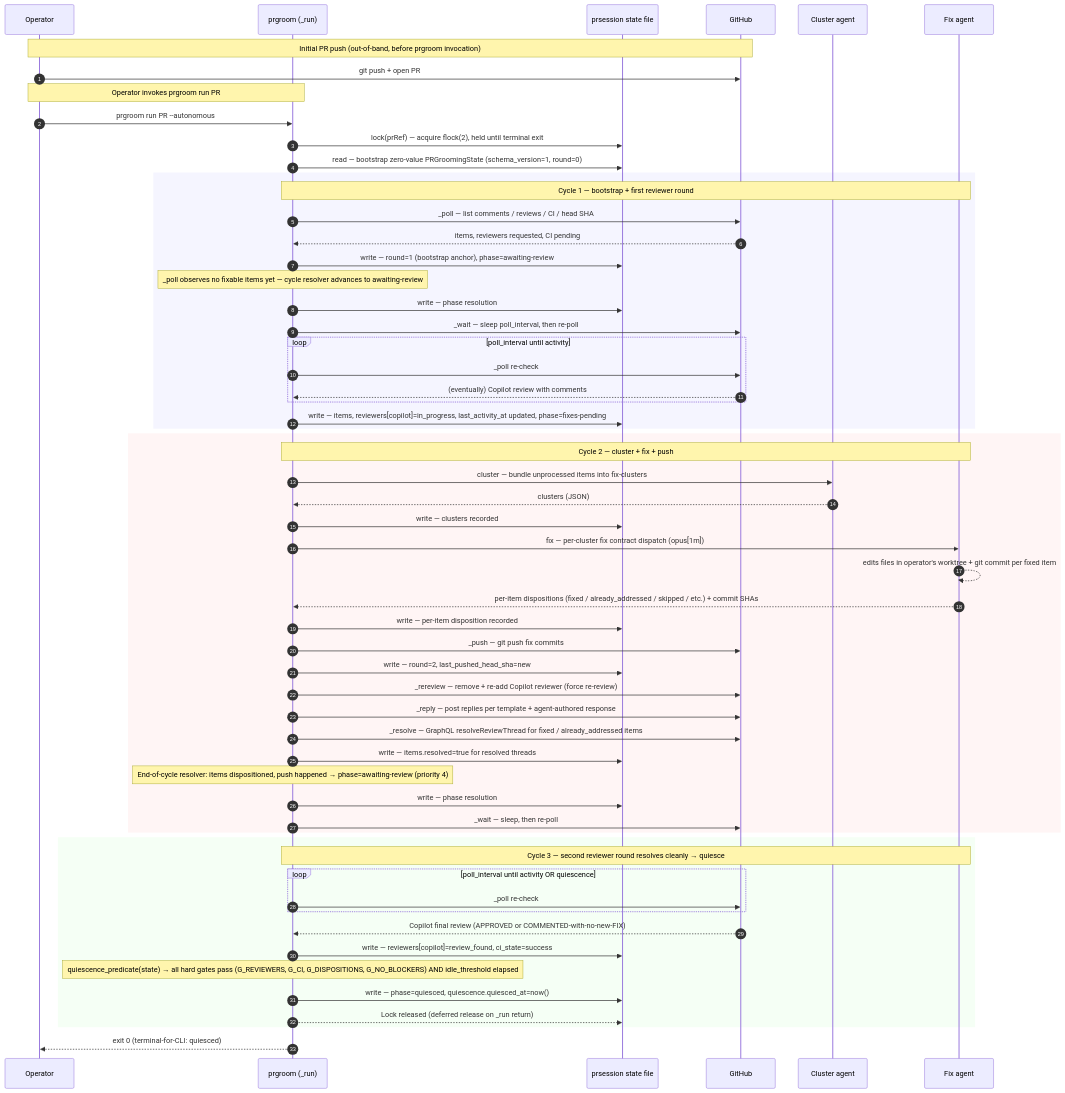
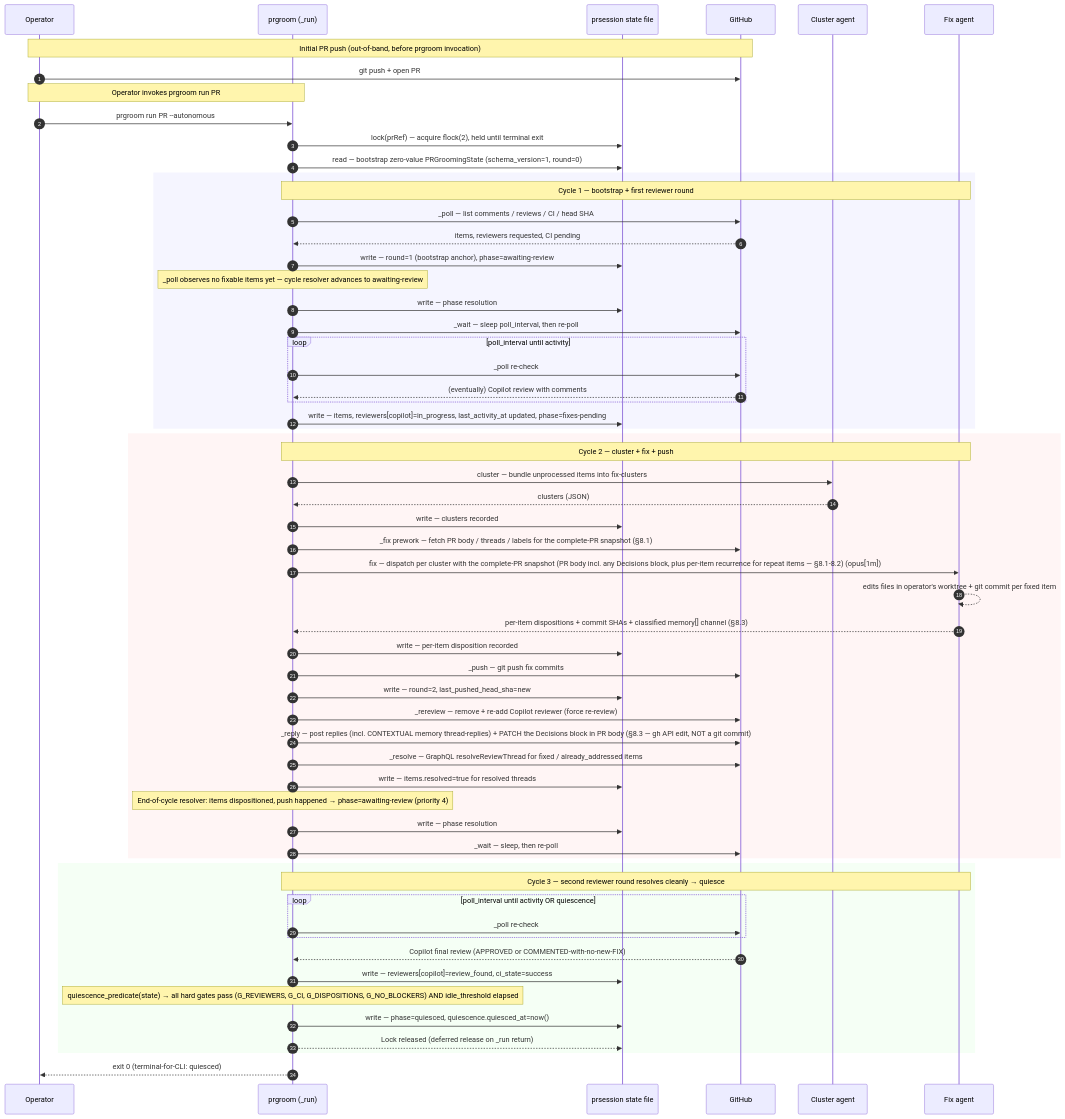
The first of 4 diagrams in docs/architecture/prgroom/sequences.md (scotthamilton77/agents-config), drawn with Mermaid before and after one commit. The commit also changed other lines of this file and 8 other files, not shown here.

````diff
--- a/docs/architecture/prgroom/sequences.md
+++ b/docs/architecture/prgroom/sequences.md
@@ -36,67 +36,68 @@
 ```mermaid
 sequenceDiagram
     autonumber
     participant Op as Operator
     participant PG as prgroom (_run)
     participant State as prsession state file
     participant GH as GitHub
     participant Cluster as Cluster agent
     participant Fix as Fix agent
 
     Note over Op,GH: Initial PR push (out-of-band, before prgroom invocation)
     Op->>GH: git push + open PR
 
     Note over Op,PG: Operator invokes prgroom run PR
     Op->>PG: prgroom run PR --autonomous
     PG->>State: lock(prRef) — acquire flock(2), held until terminal exit
     PG->>State: read — bootstrap zero-value PRGroomingState (schema_version=1, round=0)
 
     rect rgb(245, 245, 255)
         Note over PG,Fix: Cycle 1 — bootstrap + first reviewer round
         PG->>GH: _poll — list comments / reviews / CI / head SHA
         GH-->>PG: items, reviewers requested, CI pending
         PG->>State: write — round=1 (bootstrap anchor), phase=awaiting-review
         Note over PG: _poll observes no fixable items yet — cycle resolver advances to awaiting-review
         PG->>State: write — phase resolution
         PG->>GH: _wait — sleep poll_interval, then re-poll
         loop poll_interval until activity
             PG->>GH: _poll re-check
             GH-->>PG: (eventually) Copilot review with comments
         end
         PG->>State: write — items, reviewers[copilot]=in_progress, last_activity_at updated, phase=fixes-pending
     end
 
     rect rgb(255, 245, 245)
         Note over PG,Fix: Cycle 2 — cluster + fix + push
         PG->>Cluster: cluster — bundle unprocessed items into fix-clusters
         Cluster-->>PG: clusters (JSON)
         PG->>State: write — clusters recorded
-        PG->>Fix: fix — per-cluster fix contract dispatch (opus[1m])
+        PG->>GH: _fix prework — fetch PR body / threads / labels for the complete-PR snapshot (§8.1)
+        PG->>Fix: fix — dispatch per cluster with the complete-PR snapshot (PR body incl. any Decisions block, plus per-item recurrence for repeat items — §8.1-8.2) (opus[1m])
         Fix-->>Fix: edits files in operator's worktree + git commit per fixed item
-        Fix-->>PG: per-item dispositions (fixed / already_addressed / skipped / etc.) + commit SHAs
+        Fix-->>PG: per-item dispositions + commit SHAs + classified memory[] channel (§8.3)
         PG->>State: write — per-item disposition recorded
         PG->>GH: _push — git push fix commits
         PG->>State: write — round=2, last_pushed_head_sha=new
         PG->>GH: _rereview — remove + re-add Copilot reviewer (force re-review)
-        PG->>GH: _reply — post replies per template + agent-authored response
+        PG->>GH: _reply — post replies (incl. CONTEXTUAL memory thread-replies) + PATCH the Decisions block in PR body (§8.3 — gh API edit, NOT a git commit)
         PG->>GH: _resolve — GraphQL resolveReviewThread for fixed / already_addressed items
         PG->>State: write — items.resolved=true for resolved threads
         Note over PG: End-of-cycle resolver: items dispositioned, push happened → phase=awaiting-review (priority 4)
         PG->>State: write — phase resolution
         PG->>GH: _wait — sleep, then re-poll
     end
 
     rect rgb(245, 255, 245)
         Note over PG,Fix: Cycle 3 — second reviewer round resolves cleanly → quiesce
         loop poll_interval until activity OR quiescence
             PG->>GH: _poll re-check
         end
         GH-->>PG: Copilot final review (APPROVED or COMMENTED-with-no-new-FIX)
         PG->>State: write — reviewers[copilot]=review_found, ci_state=success
         Note over PG: quiescence_predicate(state) → all hard gates pass (G_REVIEWERS, G_CI, G_DISPOSITIONS, G_NO_BLOCKERS) AND idle_threshold elapsed
         PG->>State: write — phase=quiesced, quiescence.quiesced_at=now()
         PG-->>State: Lock released (deferred release on _run return)
     end
 
     PG-->>Op: exit 0 (terminal-for-CLI: quiesced)
 ```
````
